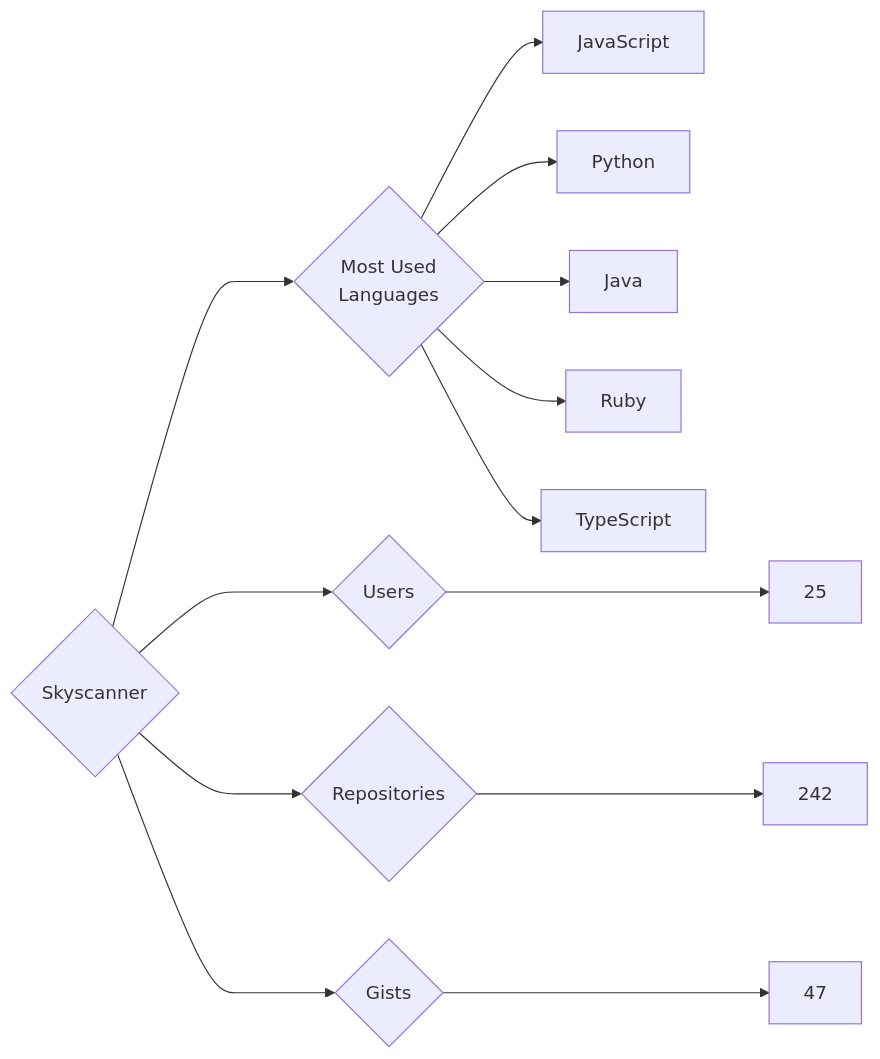
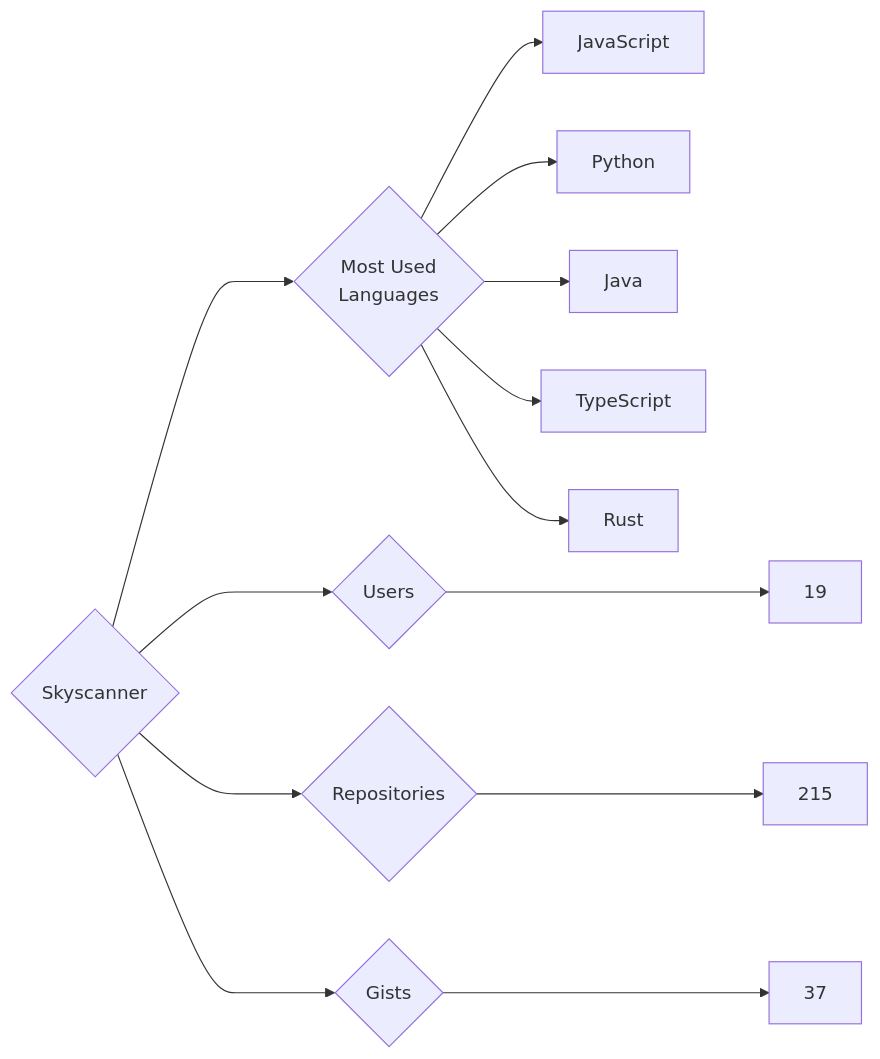
One commit to trickest/insiders changed the diagram in targets/Skyscanner/README.md. Above: the diagram before and after it, drawn with Mermaid. The commit also changed 1479 other files, not shown here.

````diff
--- a/targets/Skyscanner/README.md
+++ b/targets/Skyscanner/README.md
@@ -3,13 +3,13 @@
 ```mermaid
 graph LR
 COMPANY_NAME{Skyscanner}
-COMPANY_NAME ---> U{Users} ---> UN[25]
-COMPANY_NAME ---> R{Repositories} ---> RN[242]
-COMPANY_NAME ---> G{Gists} ---> GN[47]
+COMPANY_NAME ---> U{Users} ---> UN[19]
+COMPANY_NAME ---> R{Repositories} ---> RN[215]
+COMPANY_NAME ---> G{Gists} ---> GN[37]
 COMPANY_NAME ---> ML{Most Used<br>Languages}
 ML --> JavaScript[JavaScript]
 ML --> Python[Python]
 ML --> Java[Java]
-ML --> Ruby[Ruby]
 ML --> TypeScript[TypeScript]
+ML --> Rust[Rust]
 ```
````
